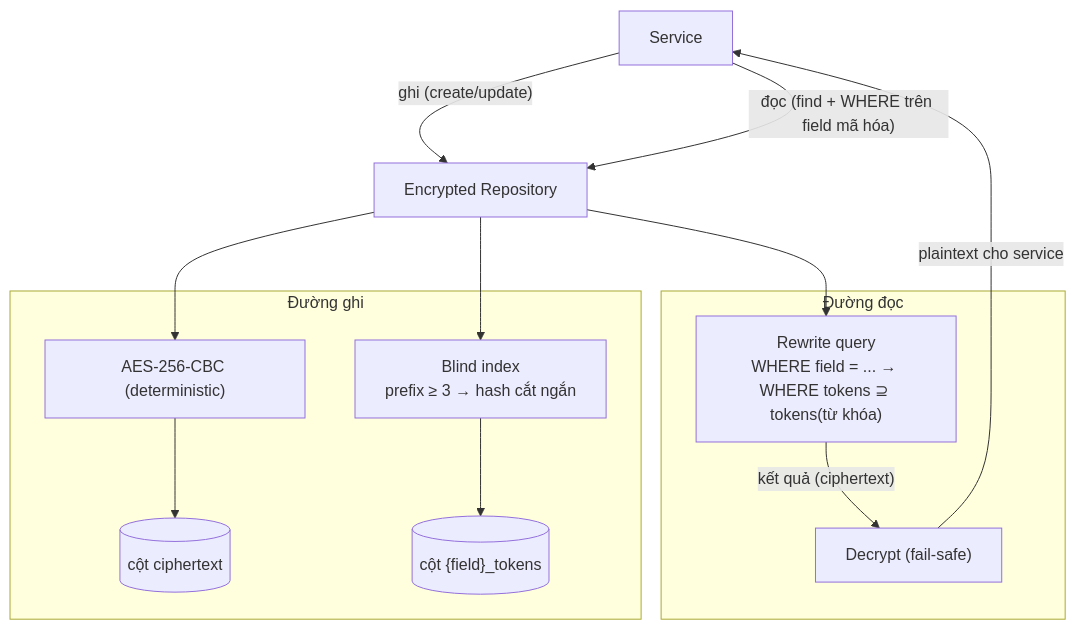
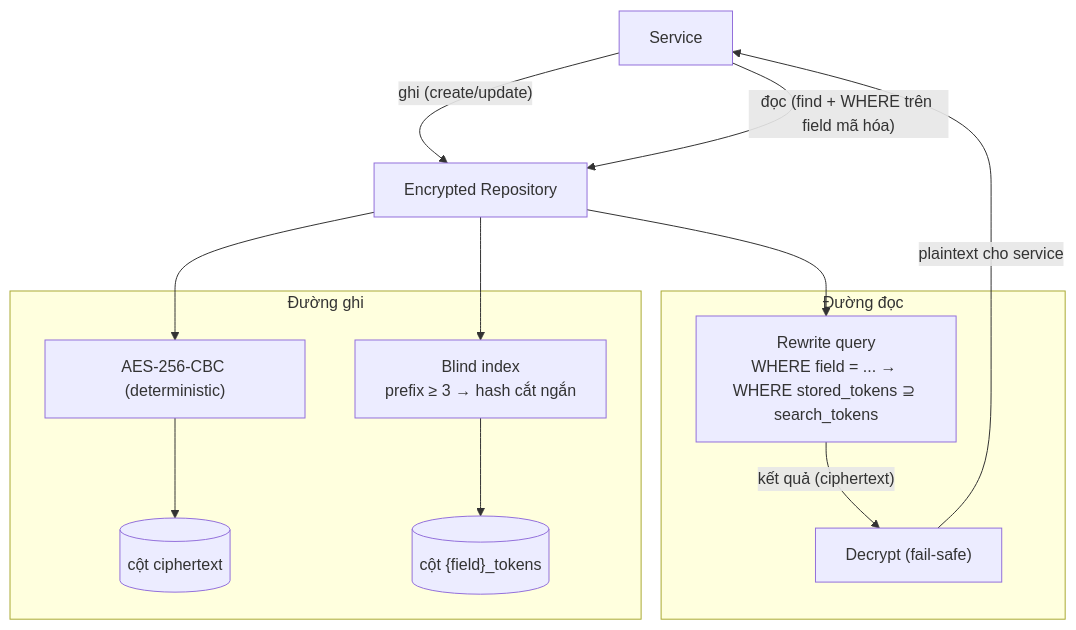
The diagram in PII-ENCRYPTION-THEORY.md (hoangb0410/project-docs), drawn with Mermaid before and after one commit. The commit also changed other lines of this file, not shown here.

````diff
--- a/PII-ENCRYPTION-THEORY.md
+++ b/PII-ENCRYPTION-THEORY.md
@@ -323,28 +333,28 @@
 ```mermaid
 flowchart TB
     SVC[Service]
     REPO[Encrypted Repository]
 
     SVC -->|"ghi (create/update)"| REPO
     SVC -->|"đọc (find + WHERE trên field mã hóa)"| REPO
 
     subgraph W["Đường ghi"]
         AES["AES-256-CBC (deterministic)"]
         BI["Blind index<br/>prefix ≥ 3 → hash cắt ngắn"]
         CT[("cột ciphertext")]
         TK[("cột {field}_tokens")]
         AES --> CT
         BI --> TK
     end
 
     subgraph R["Đường đọc"]
-        RW["Rewrite query<br/>WHERE field = ... → WHERE tokens ⊇ tokens(từ khóa)"]
+        RW["Rewrite query<br/>WHERE field = ... → WHERE stored_tokens ⊇ search_tokens"]
         DEC["Decrypt (fail-safe)"]
         RW -->|"kết quả (ciphertext)"| DEC
     end
 
     REPO --> AES
     REPO --> BI
     REPO --> RW
     DEC -->|"plaintext cho service"| SVC
 ```
````
